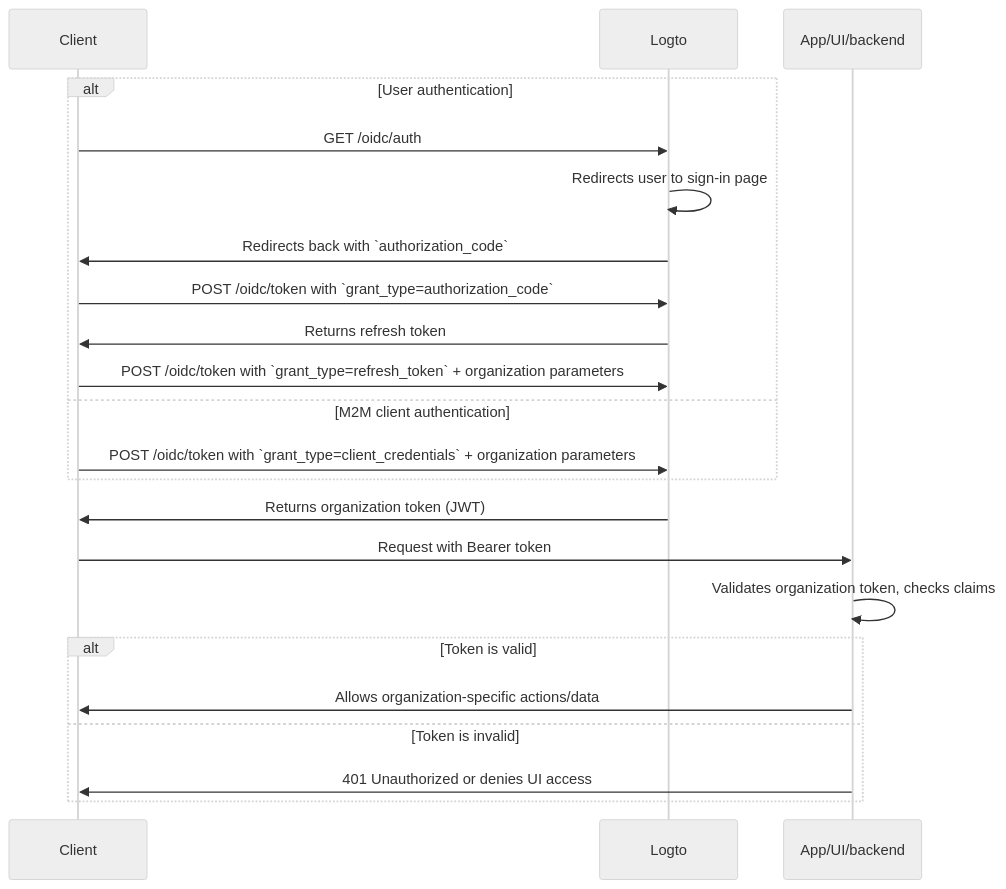
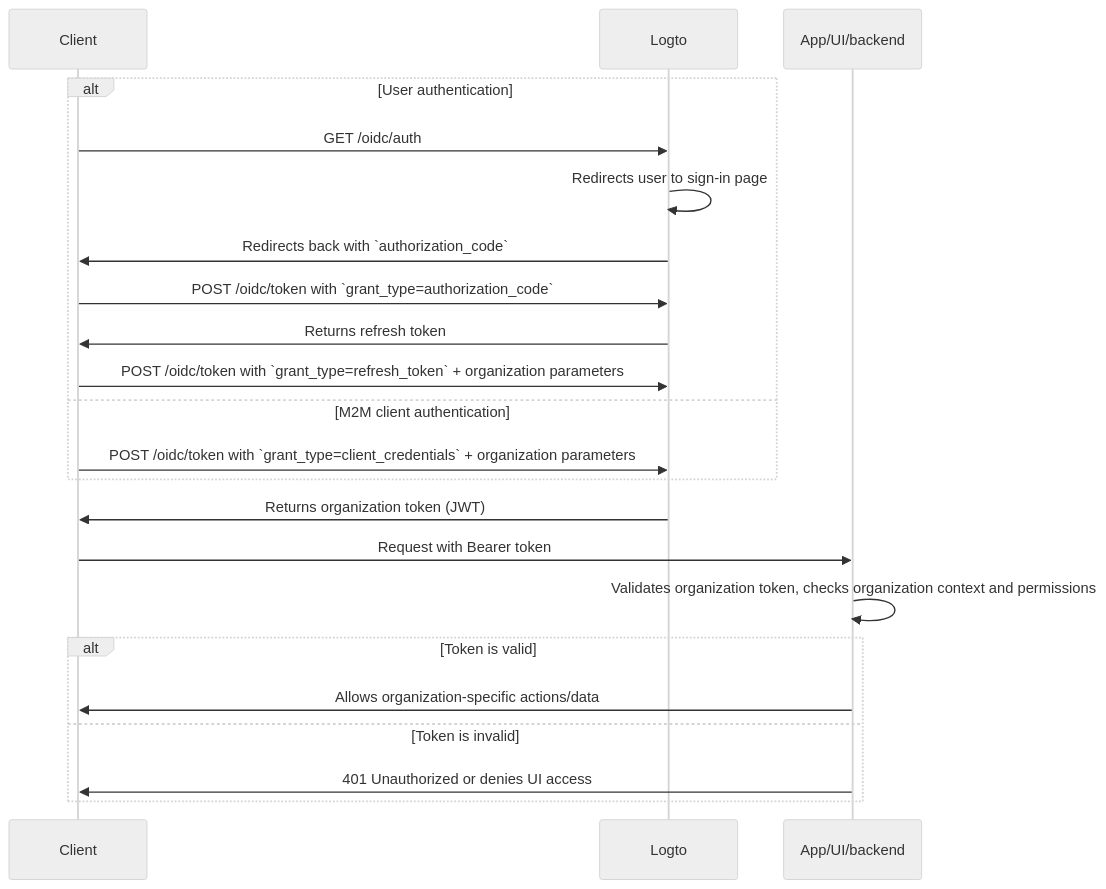
Before and after one commit to logto-io/docs: the diagram in docs/authorization/organization-permissions.mdx, drawn with Mermaid (neutral theme). The commit also changed other lines of this file and 12 other files, not shown here.

````diff
--- a/docs/authorization/organization-permissions.mdx
+++ b/docs/authorization/organization-permissions.mdx
@@ -57,26 +62,27 @@
 ```mermaid
 sequenceDiagram
     participant Client
     participant Logto
     participant App as App/UI/backend
 
     alt User authentication
         Client->>Logto: GET /oidc/auth
         Logto->>Logto: Redirects user to sign-in page
         Logto->>Client: Redirects back with `authorization_code`
         Client->>Logto: POST /oidc/token with `grant_type=authorization_code`
         Logto->>Client: Returns refresh token
         Client->>Logto: POST /oidc/token with `grant_type=refresh_token` + organization parameters
     else M2M client authentication
         Client->>Logto: POST /oidc/token with `grant_type=client_credentials` + organization parameters
     end
 
     Logto->>Client: Returns organization token (JWT)
     Client->>App: Request with Bearer token
-    App->>App: Validates organization token, checks claims
+    App->>App: Validates organization token, checks organization context and permissions
+
     alt Token is valid
         App->>Client: Allows organization-specific actions/data
     else Token is invalid
         App->>Client: 401 Unauthorized or denies UI access
     end
 ```
````
